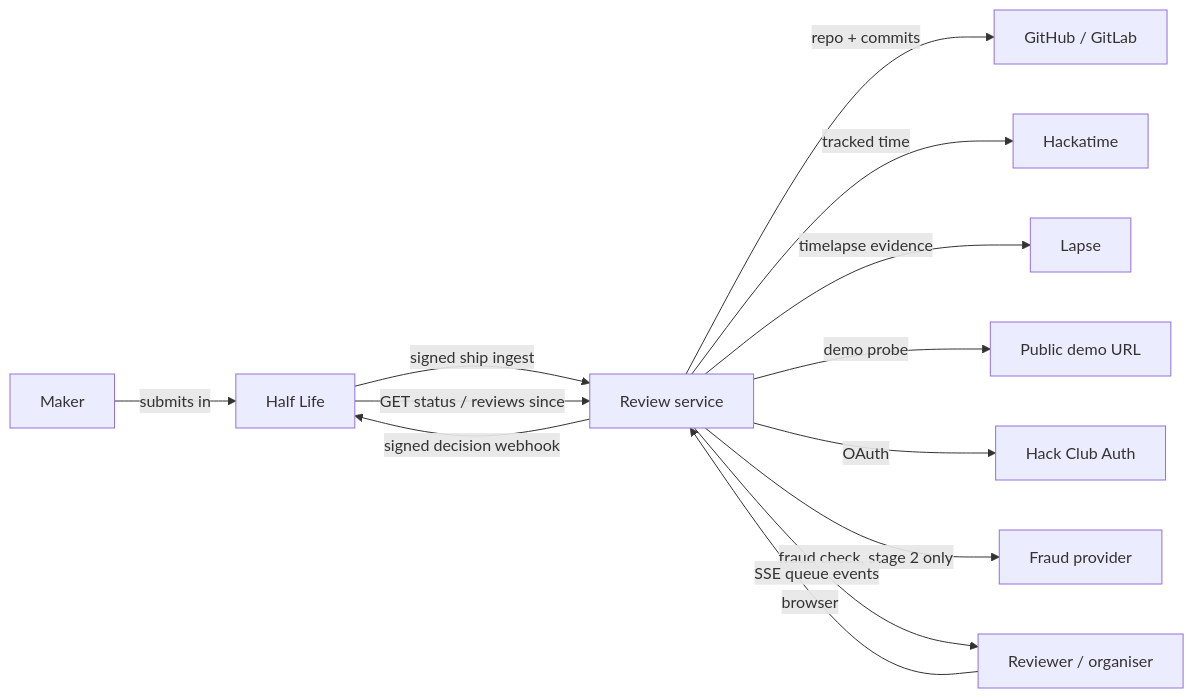
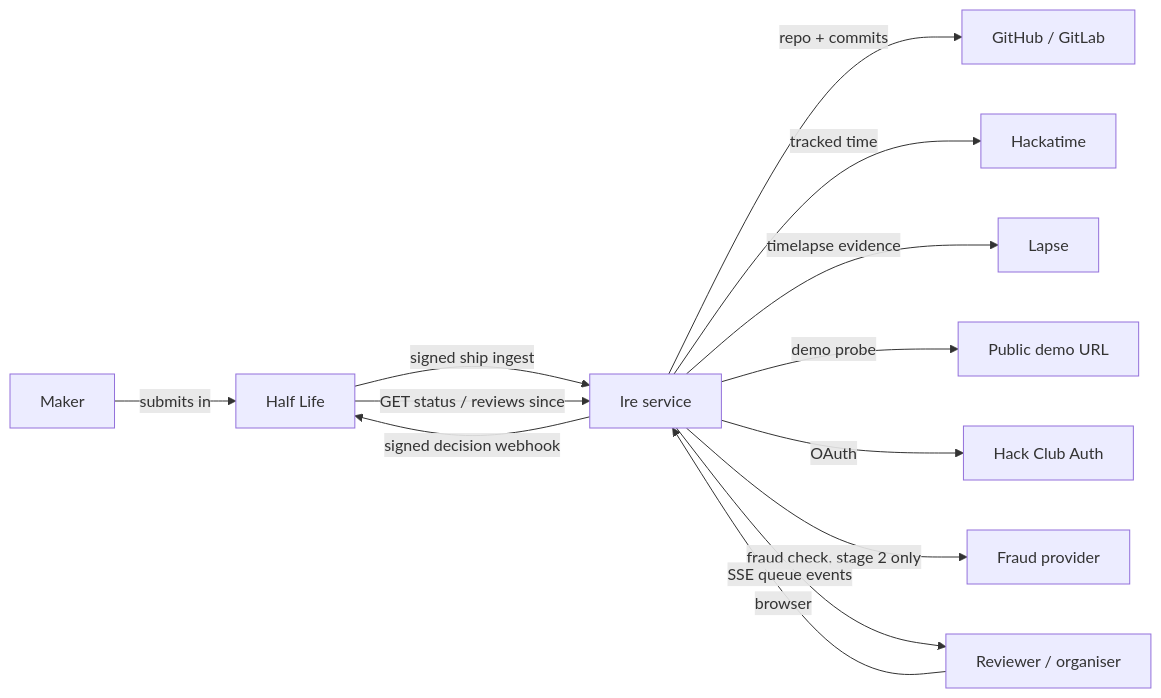
Before and after one commit to Heliodex/ire: the first of 3 diagrams in plan/02-architecture.md, drawn with Mermaid. The commit also changed other lines of this file and 96 other files, not shown here.

Commit message:
Rename Review to Ire (interactive review environment)

````diff
--- a/plan/02-architecture.md
+++ b/plan/02-architecture.md
@@ -5,15 +5,15 @@
 ```mermaid
 flowchart LR
     Maker[Maker] -->|submits in| HL[Half Life]
-    HL -->|signed ship ingest| Review[Review service]
-    Review -->|signed decision webhook| HL
-    HL -->|GET status / reviews since| Review
-    Review -->|repo + commits| Forge[GitHub / GitLab]
-    Review -->|tracked time| HT[Hackatime]
-    Review -->|timelapse evidence| Lapse[Lapse]
-    Review -->|demo probe| Web[Public demo URL]
-    Review -->|OAuth| HCA[Hack Club Auth]
-    Review -->|fraud check, stage 2 only| Fraud[Fraud provider]
-    Reviewer[Reviewer / organiser] -->|browser| Review
-    Review -->|SSE queue events| Reviewer
+    HL -->|signed ship ingest| Ire[Ire service]
+    Ire -->|signed decision webhook| HL
+    HL -->|GET status / reviews since| Ire
+    Ire -->|repo + commits| Forge[GitHub / GitLab]
+    Ire -->|tracked time| HT[Hackatime]
+    Ire -->|timelapse evidence| Lapse[Lapse]
+    Ire -->|demo probe| Web[Public demo URL]
+    Ire -->|OAuth| HCA[Hack Club Auth]
+    Ire -->|fraud check, stage 2 only| Fraud[Fraud provider]
+    Reviewer[Reviewer / organiser] -->|browser| Ire
+    Ire -->|SSE queue events| Reviewer
 ```
````
